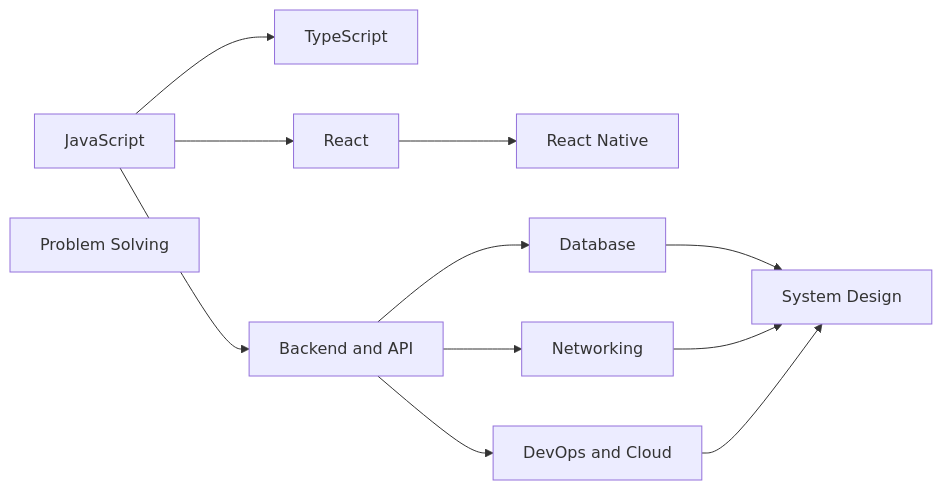
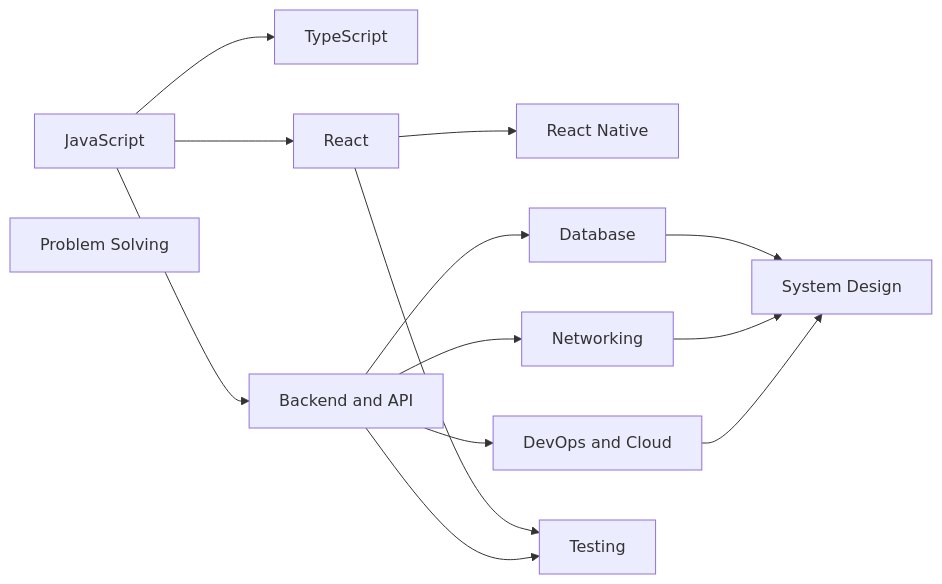
Before and after one commit to starjustice/research-material: the diagram in learn/README.md, drawn with Mermaid. The commit also changed other lines of this file and 18 other files, not shown here.

````diff
--- a/learn/README.md
+++ b/learn/README.md
@@ -7,14 +7,16 @@
 ```mermaid
 graph LR
     JS["JavaScript"] --> TS["TypeScript"]
     JS --> R["React"]
     R --> RN["React Native"]
     JS --> BE["Backend and API"]
     BE --> DB["Database"]
     BE --> NET["Networking"]
     DB --> SD["System Design"]
     NET --> SD
     BE --> OPS["DevOps and Cloud"]
     OPS --> SD
+    R --> TEST["Testing"]
+    BE --> TEST
     PS["Problem Solving"]
 ```
````
